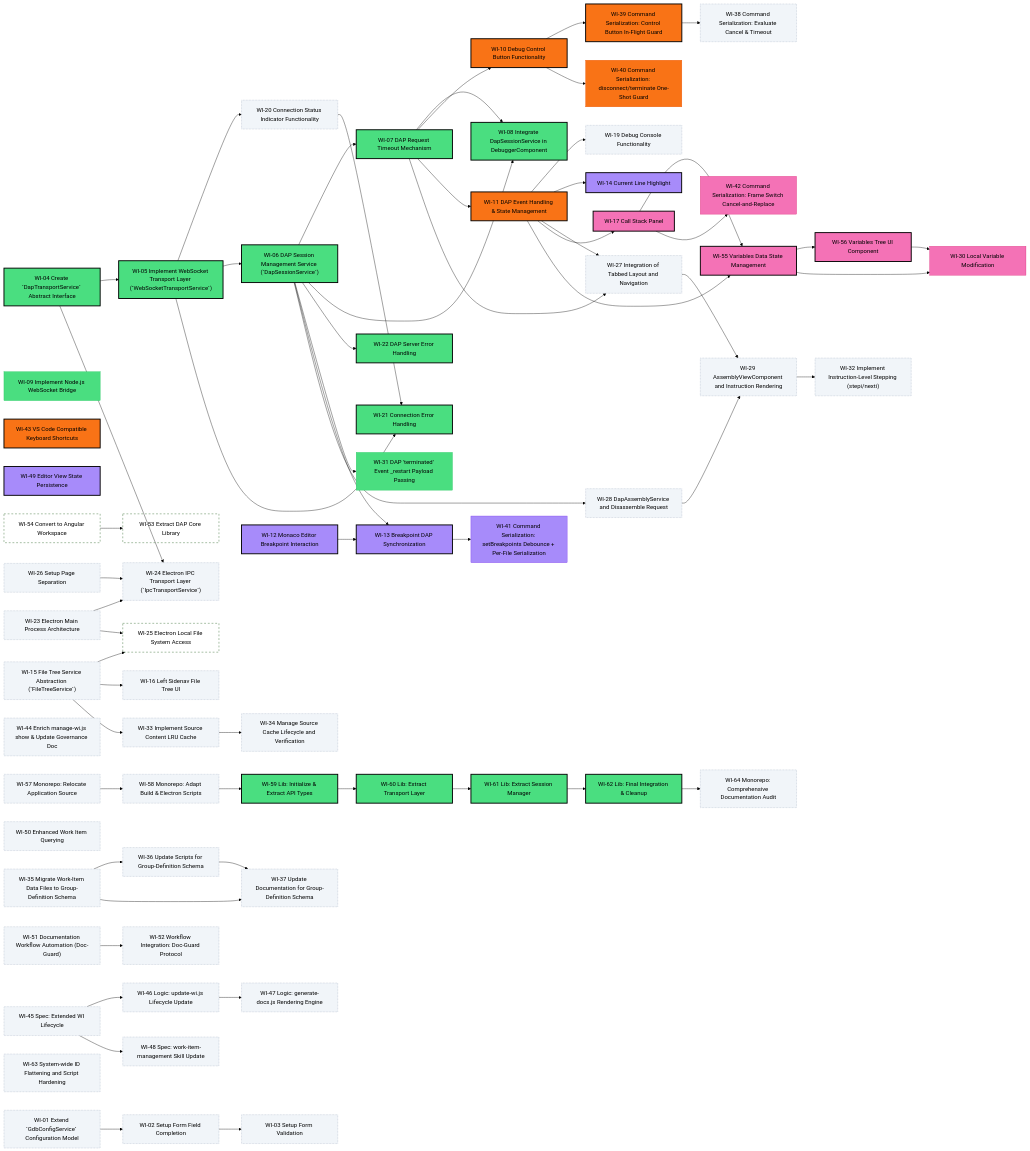
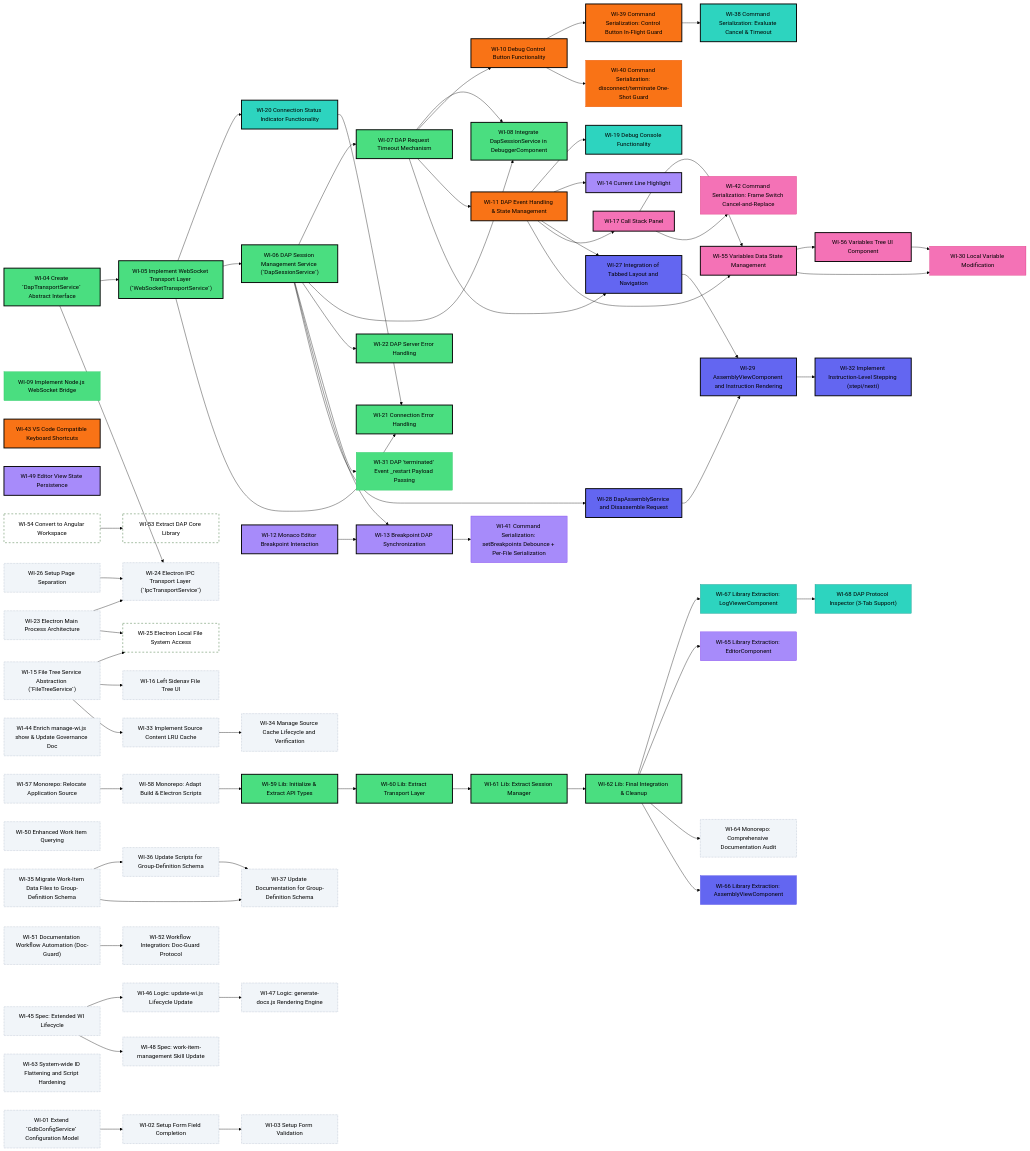
Before and after one commit to tangpo387-arch/taro-debugger: the diagram in docs/project-roadmap.md, drawn with Mermaid (forest theme). The commit also changed other lines of this file and 5 other files, not shown here.

Commit message:
feat: add library extraction work items and update roadmap status for console, editor, and assembly components

```diff
--- a/docs/project-roadmap.md
+++ b/docs/project-roadmap.md
@@ -12,6 +12,8 @@
     WI_19["WI-19 Debug Console Functionality"]
     WI_20["WI-20 Connection Status Indicator Functionality"]
     WI_38["WI-38 Command Serialization: Evaluate Cancel & Timeout"]
+    WI_67["WI-67 Library Extraction: LogViewerComponent"]
+    WI_68["WI-68 DAP Protocol Inspector (3-Tab Support)"]
     WI_04["WI-04 Create `DapTransportService` Abstract Interface"]
     WI_05["WI-05 Implement WebSocket Transport Layer (`WebSocketTransportService`)"]
     WI_06["WI-06 DAP Session Management Service (`DapSessionService`)"]
@@ -36,6 +38,7 @@
     WI_14["WI-14 Current Line Highlight"]
     WI_41["WI-41 Command Serialization: setBreakpoints Debounce + Per-File Serialization"]
     WI_49["WI-49 Editor View State Persistence"]
+    WI_65["WI-65 Library Extraction: EditorComponent"]
     WI_23["WI-23 Electron Main Process Architecture"]
     WI_26["WI-26 Setup Page Separation"]
     WI_24["WI-24 Electron IPC Transport Layer (`IpcTransportService`)"]
@@ -64,6 +67,7 @@
     WI_28["WI-28 DapAssemblyService and Disassemble Request"]
     WI_29["WI-29 AssemblyViewComponent and Instruction Rendering"]
     WI_32["WI-32 Implement Instruction-Level Stepping (stepi/nexti)"]
+    WI_66["WI-66 Library Extraction: AssemblyViewComponent"]
     WI_01["WI-01 Extend `GdbConfigService` Configuration Model"]
     WI_02["WI-02 Setup Form Field Completion"]
     WI_03["WI-03 Setup Form Validation"]
@@ -75,6 +79,8 @@
     WI_11 --> WI_19
     WI_05 --> WI_20
     WI_39 --> WI_38
+    WI_62 --> WI_67
+    WI_67 --> WI_68
     WI_04 --> WI_05
     WI_05 --> WI_06
     WI_06 --> WI_07
@@ -97,6 +103,7 @@
     WI_12 --> WI_13
     WI_11 --> WI_14
     WI_13 --> WI_41
+    WI_62 --> WI_65
     WI_04 --> WI_24
     WI_23 --> WI_24
     WI_26 --> WI_24
@@ -120,6 +127,7 @@
     WI_27 --> WI_29
     WI_28 --> WI_29
     WI_29 --> WI_32
+    WI_62 --> WI_66
     WI_01 --> WI_02
     WI_02 --> WI_03
     WI_11 --> WI_17
@@ -130,9 +138,11 @@
     WI_56 --> WI_30
     WI_17 --> WI_42
 
-    style WI_19 fill:#f1f5f9,stroke:#94a3b8,stroke-width:1px,stroke-dasharray:2
-    style WI_20 fill:#f1f5f9,stroke:#94a3b8,stroke-width:1px,stroke-dasharray:2
-    style WI_38 fill:#f1f5f9,stroke:#94a3b8,stroke-width:1px,stroke-dasharray:2
+    style WI_19 fill:#2dd4bf,stroke:#000,stroke-width:2.5px
+    style WI_20 fill:#2dd4bf,stroke:#000,stroke-width:2.5px
+    style WI_38 fill:#2dd4bf,stroke:#000,stroke-width:2.5px
+    style WI_67 fill:#2dd4bf,stroke:#0d9488
+    style WI_68 fill:#2dd4bf,stroke:#0d9488
     style WI_04 fill:#4ade80,stroke:#000,stroke-width:2.5px
     style WI_05 fill:#4ade80,stroke:#000,stroke-width:2.5px
     style WI_06 fill:#4ade80,stroke:#000,stroke-width:2.5px
@@ -157,6 +167,7 @@
     style WI_14 fill:#a78bfa,stroke:#000,stroke-width:2.5px
     style WI_41 fill:#a78bfa,stroke:#7c3aed
     style WI_49 fill:#a78bfa,stroke:#000,stroke-width:2.5px
+    style WI_65 fill:#a78bfa,stroke:#7c3aed
     style WI_23 fill:#f1f5f9,stroke:#94a3b8,stroke-width:1px,stroke-dasharray:2
     style WI_26 fill:#f1f5f9,stroke:#94a3b8,stroke-width:1px,stroke-dasharray:2
     style WI_24 fill:#f1f5f9,stroke:#94a3b8,stroke-width:1px,stroke-dasharray:2
@@ -181,10 +192,11 @@
     style WI_58 fill:#f1f5f9,stroke:#94a3b8,stroke-width:1px,stroke-dasharray:2
     style WI_63 fill:#f1f5f9,stroke:#94a3b8,stroke-width:1px,stroke-dasharray:2
     style WI_64 fill:#f1f5f9,stroke:#94a3b8,stroke-width:1px,stroke-dasharray:2
-    style WI_27 fill:#f1f5f9,stroke:#94a3b8,stroke-width:1px,stroke-dasharray:2
-    style WI_28 fill:#f1f5f9,stroke:#94a3b8,stroke-width:1px,stroke-dasharray:2
-    style WI_29 fill:#f1f5f9,stroke:#94a3b8,stroke-width:1px,stroke-dasharray:2
-    style WI_32 fill:#f1f5f9,stroke:#94a3b8,stroke-width:1px,stroke-dasharray:2
+    style WI_27 fill:#6366f1,stroke:#000,stroke-width:2.5px
+    style WI_28 fill:#6366f1,stroke:#000,stroke-width:2.5px
+    style WI_29 fill:#6366f1,stroke:#000,stroke-width:2.5px
+    style WI_32 fill:#6366f1,stroke:#000,stroke-width:2.5px
+    style WI_66 fill:#6366f1,stroke:#4f46e5
     style WI_01 fill:#f1f5f9,stroke:#94a3b8,stroke-width:1px,stroke-dasharray:2
     style WI_02 fill:#f1f5f9,stroke:#94a3b8,stroke-width:1px,stroke-dasharray:2
     style WI_03 fill:#f1f5f9,stroke:#94a3b8,stroke-width:1px,stroke-dasharray:2
```
